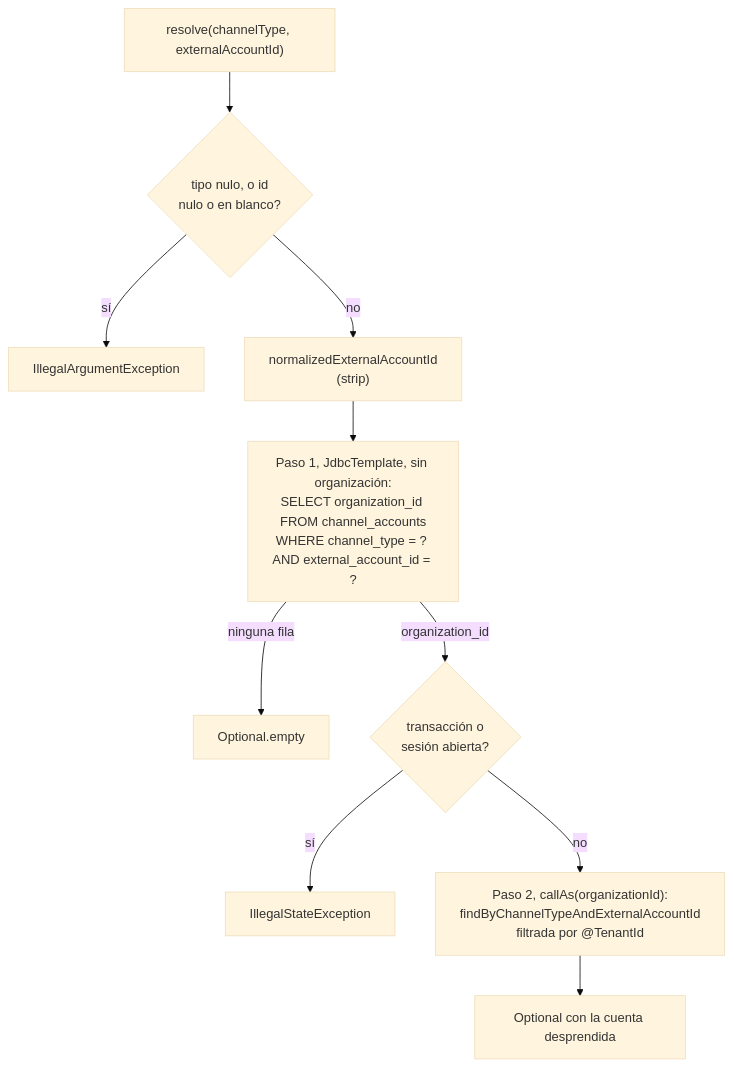
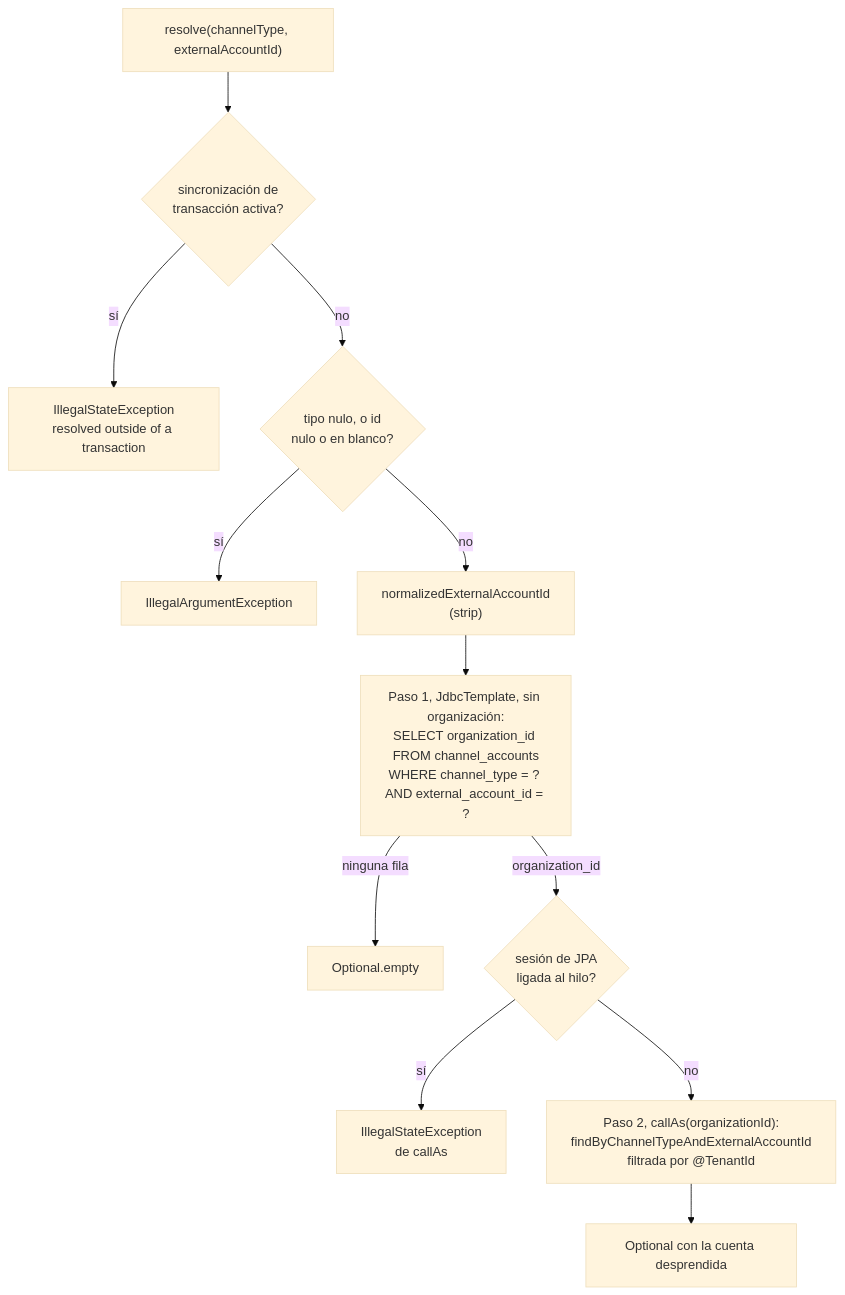
The first of 2 diagrams in docs/canales.md (zapmaxvevo/communicator-one), drawn with Mermaid (base theme) before and after one commit. The commit also changed other lines of this file and 3 other files, not shown here.

````diff
--- a/docs/canales.md
+++ b/docs/canales.md
@@ -96,12 +100,14 @@
 ```mermaid
 flowchart TD
-    R["resolve(channelType, externalAccountId)"] --> V{tipo nulo, o id<br/>nulo o en blanco?}
+    R["resolve(channelType, externalAccountId)"] --> T{sincronización de<br/>transacción activa?}
+    T -->|sí| X0[IllegalStateException<br/>resolved outside of a transaction]
+    T -->|no| V{tipo nulo, o id<br/>nulo o en blanco?}
     V -->|sí| X1[IllegalArgumentException]
     V -->|no| N["normalizedExternalAccountId<br/>(strip)"]
     N --> J["Paso 1, JdbcTemplate, sin organización:<br/>SELECT organization_id FROM channel_accounts<br/>WHERE channel_type = ? AND external_account_id = ?"]
     J -->|ninguna fila| E[Optional.empty]
-    J -->|organization_id| S{transacción o<br/>sesión abierta?}
-    S -->|sí| X2[IllegalStateException]
+    J -->|organization_id| S{sesión de JPA<br/>ligada al hilo?}
+    S -->|sí| X2[IllegalStateException<br/>de callAs]
     S -->|no| C["Paso 2, callAs(organizationId):<br/>findByChannelTypeAndExternalAccountId<br/>filtrada por @TenantId"]
     C --> OK[Optional con la cuenta desprendida]
 ```
````
